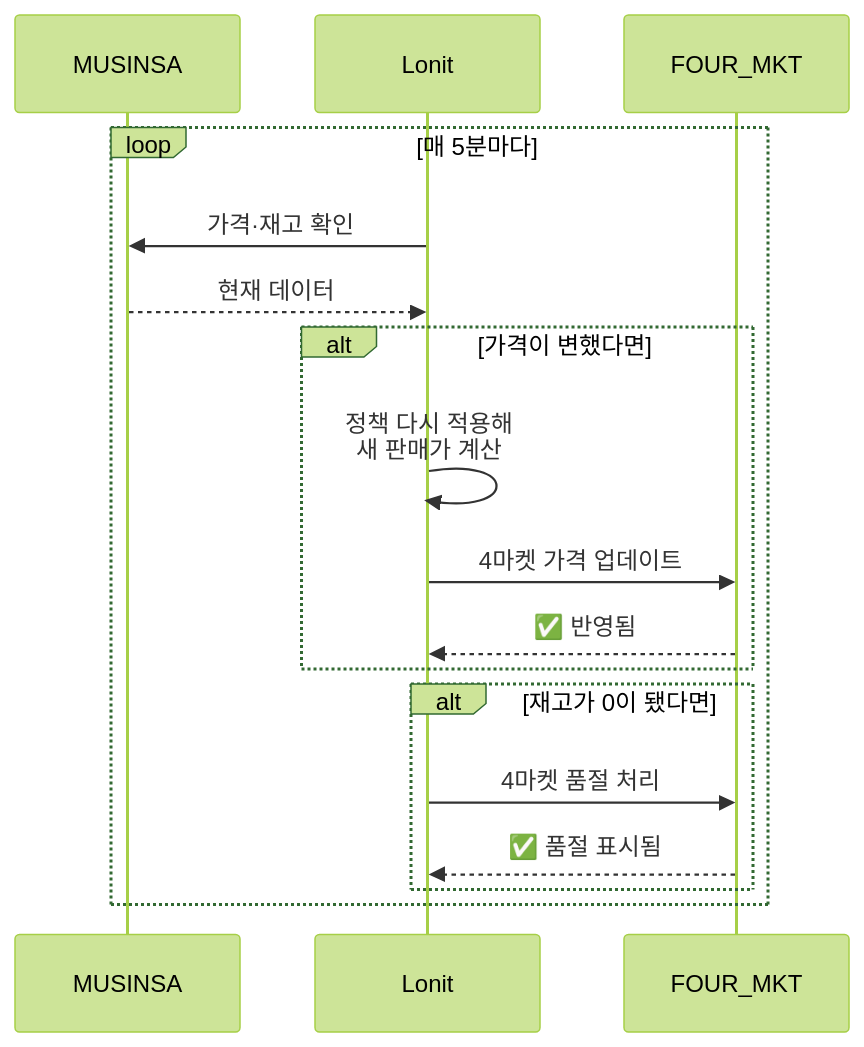
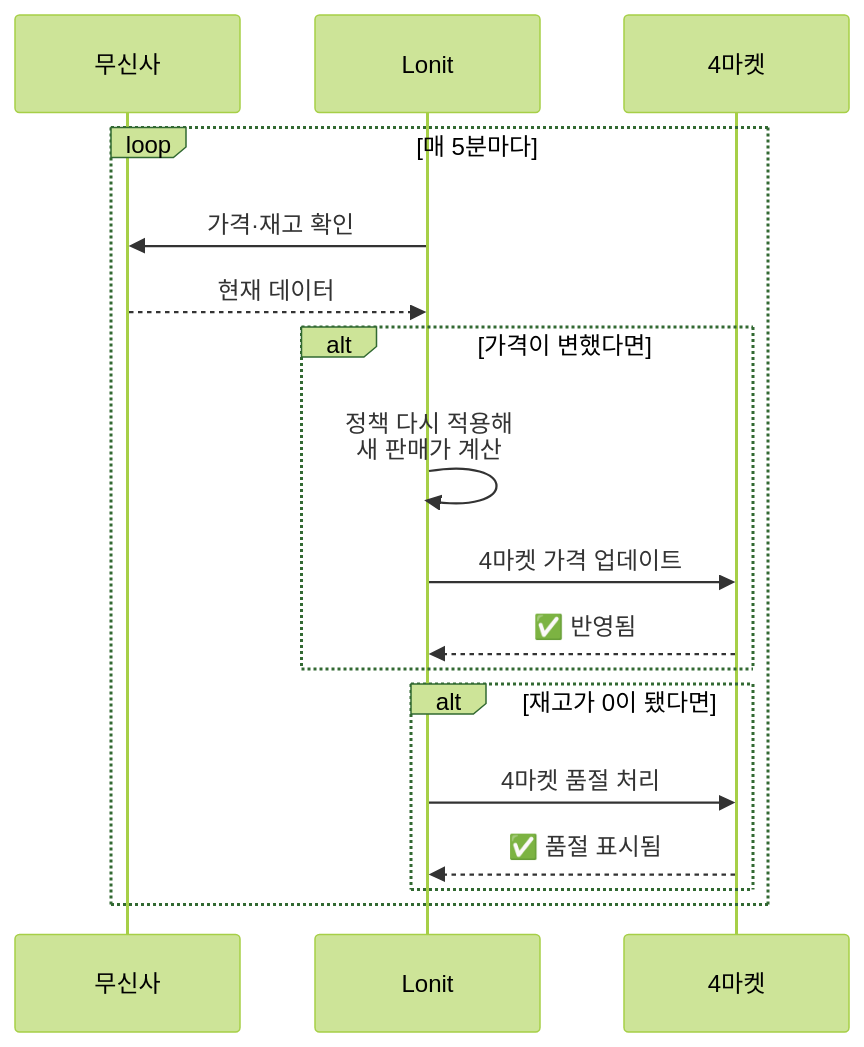
Before and after one commit to cksdud5785-design/lonit-manual: the fifth of 10 diagrams in docs/02-architecture.md, drawn with Mermaid (forest theme). The commit also changed other lines of this file and 4 other files, not shown here.

First line of the commit message:
fix: mermaid 라벨 false positive 한국어 복원

````diff
--- a/docs/02-architecture.md
+++ b/docs/02-architecture.md
@@ -129,22 +129,22 @@
 ```mermaid
 sequenceDiagram
-    participant MUSINSA as MUSINSA
+    participant MUSINSA as 무신사
     participant L as Lonit
-    participant MK as FOUR_MKT
+    participant MK as 4마켓
     
     loop 매 5분마다
         L->>MUSINSA: 가격·재고 확인
         MUSINSA-->>L: 현재 데이터
         
         alt 가격이 변했다면
             L->>L: 정책 다시 적용해<br>새 판매가 계산
             L->>MK: 4마켓 가격 업데이트
             MK-->>L: ✅ 반영됨
         end
         
         alt 재고가 0이 됐다면
             L->>MK: 4마켓 품절 처리
             MK-->>L: ✅ 품절 표시됨
         end
     end
 ```
````
